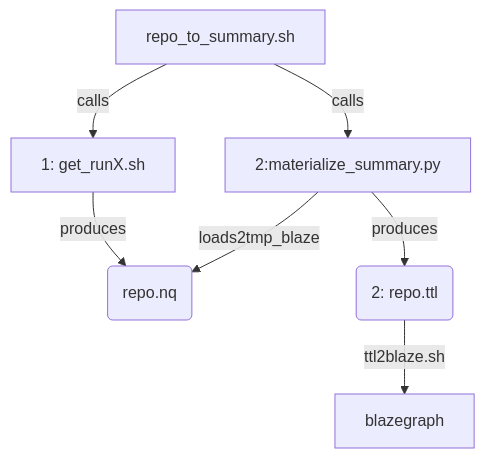
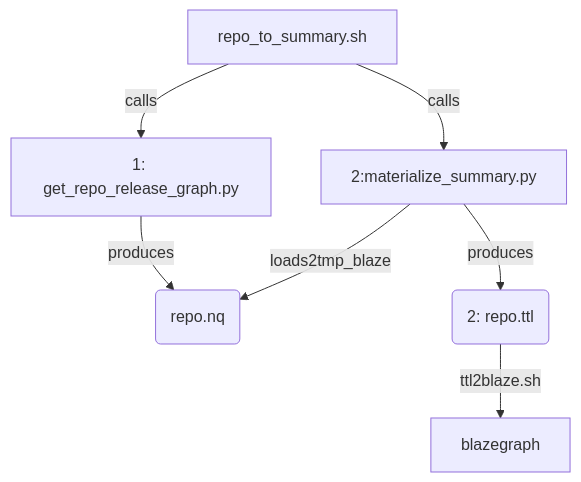
Before and after one commit to earthcube/earthcube_utilities: the diagram in summarize/docs/call-rg.md, drawn with Mermaid.

Commit message:
Update call-rg.md
will have a version of get_repo that gets_runX vs having to fix it now; get_repo_release_graph.py will have a runX/repo path, but it will able to be alterable via s3_path  like s3_address is

````diff
--- a/summarize/docs/call-rg.md
+++ b/summarize/docs/call-rg.md
@@ -5,7 +5,7 @@
 ```mermaid
 flowchart TD;
-R2S[repo_to_summary.sh]  -- calls --> G[1: get_runX.sh];
+R2S[repo_to_summary.sh]  -- calls --> G[1: get_repo_release_graph.py];
 G -- produces --> nq(repo.nq);
 R2S -- calls -->  F2[2:materialize_summary.py] -- loads2tmp_blaze --> nq;
 F2 -- produces --> RT(2: repo.ttl) -- ttl2blaze.sh --> B[blazegraph];
 ```
````
